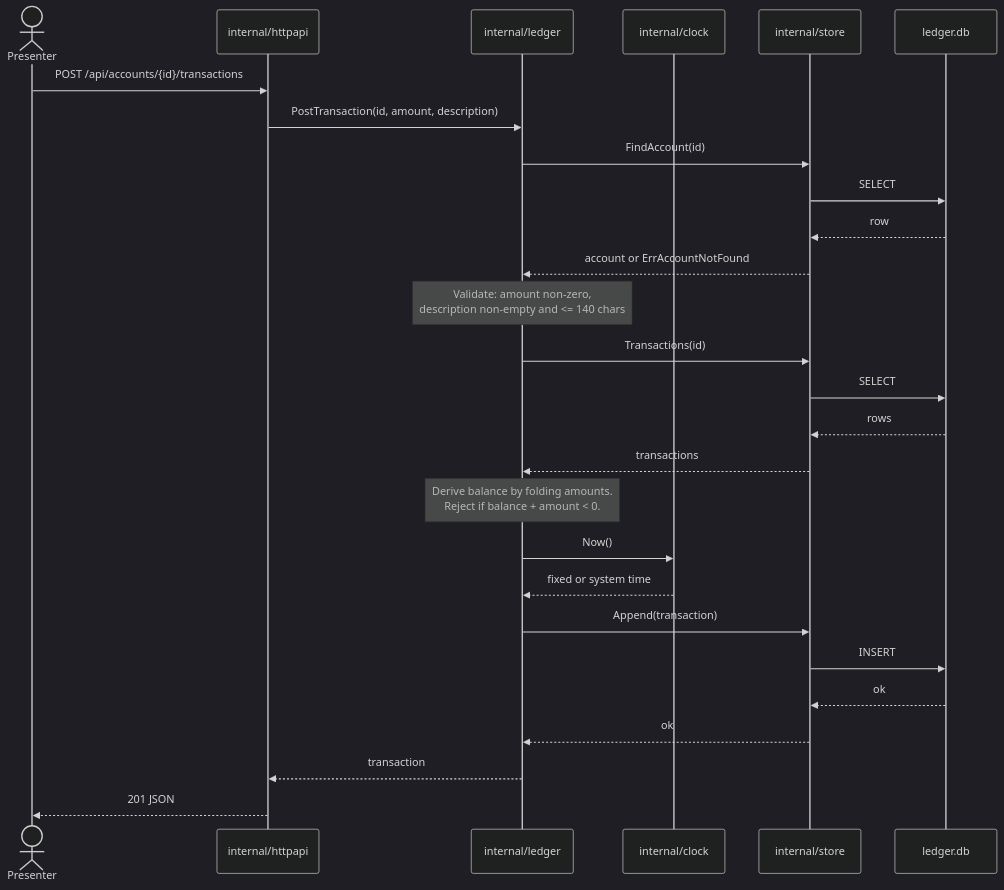
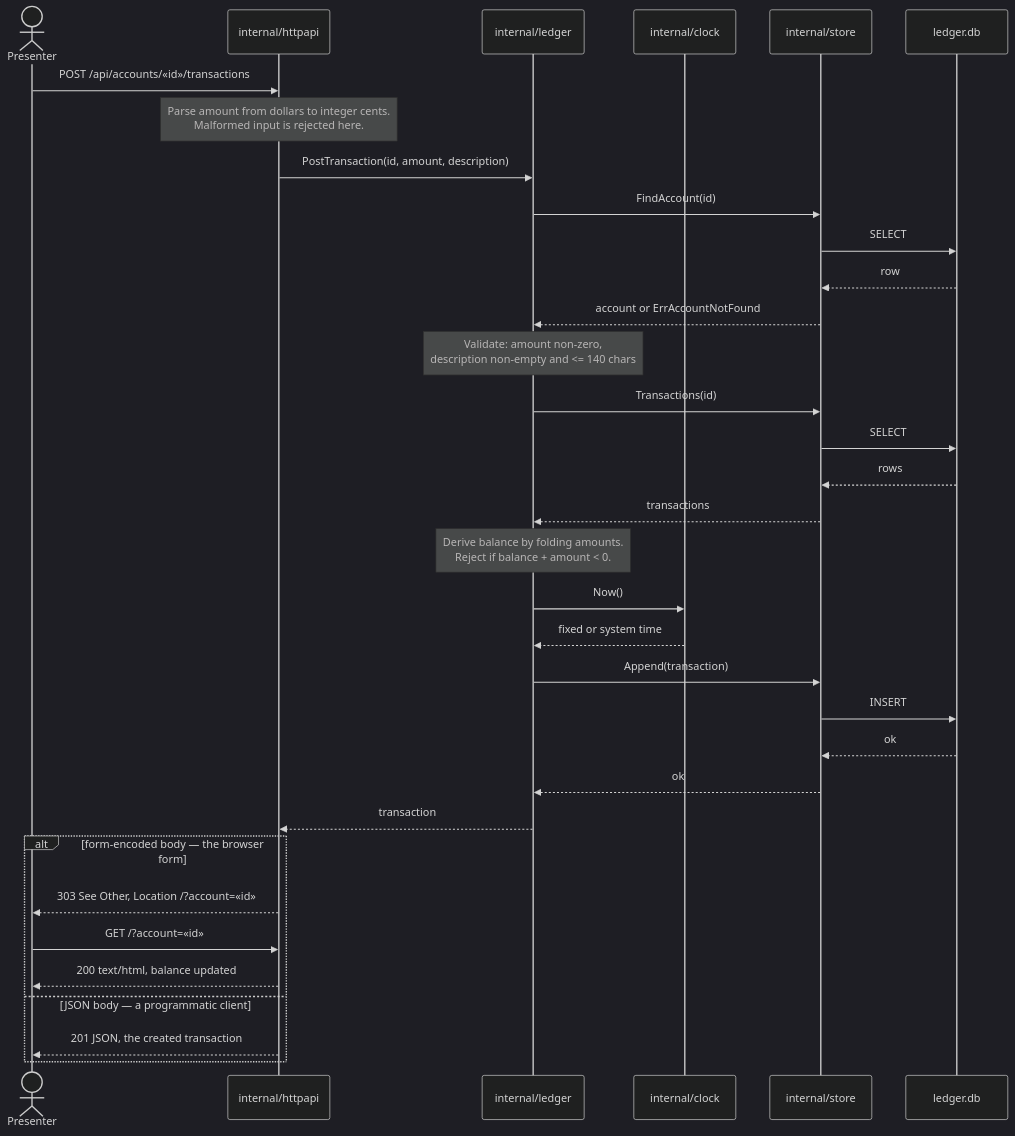
Before and after one commit to jstoup111/ledger-demo: the second of 3 diagrams in .docs/architecture/sequences.md, drawn with Mermaid (dark theme). The commit also changed other lines of this file and 4 other files, not shown here.

First line of the commit message:
docs(architecture): refresh diagrams for the base-ledger spec

````diff
--- a/.docs/architecture/sequences.md
+++ b/.docs/architecture/sequences.md
@@ -31,37 +39,44 @@
 ```mermaid
 sequenceDiagram
   actor Presenter
   participant API as internal/httpapi
   participant Domain as internal/ledger
   participant Clock as internal/clock
   participant Store as internal/store
   participant DB as ledger.db
 
-  Presenter->>API: POST /api/accounts/{id}/transactions
+  Presenter->>API: POST /api/accounts/«id»/transactions
+  Note over API: Parse amount from dollars to integer cents.<br/>Malformed input is rejected here.
   API->>Domain: PostTransaction(id, amount, description)
 
   Domain->>Store: FindAccount(id)
   Store->>DB: SELECT
   DB-->>Store: row
   Store-->>Domain: account or ErrAccountNotFound
 
   Note over Domain: Validate: amount non-zero,<br/>description non-empty and <= 140 chars
 
   Domain->>Store: Transactions(id)
   Store->>DB: SELECT
   DB-->>Store: rows
   Store-->>Domain: transactions
 
   Note over Domain: Derive balance by folding amounts.<br/>Reject if balance + amount < 0.
 
   Domain->>Clock: Now()
   Clock-->>Domain: fixed or system time
 
   Domain->>Store: Append(transaction)
   Store->>DB: INSERT
   DB-->>Store: ok
   Store-->>Domain: ok
   Domain-->>API: transaction
 
-  API-->>Presenter: 201 JSON
+  alt form-encoded body — the browser form
+    API-->>Presenter: 303 See Other, Location /?account=«id»
+    Presenter->>API: GET /?account=«id»
+    API-->>Presenter: 200 text/html, balance updated
+  else JSON body — a programmatic client
+    API-->>Presenter: 201 JSON, the created transaction
+  end
 ```
````
